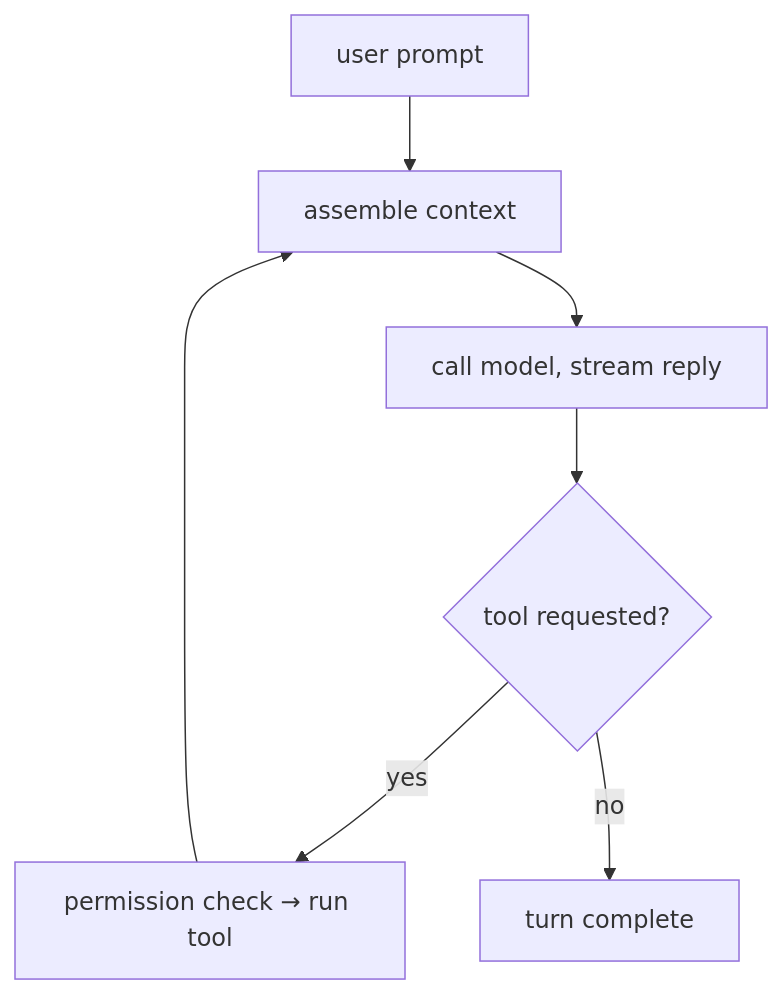
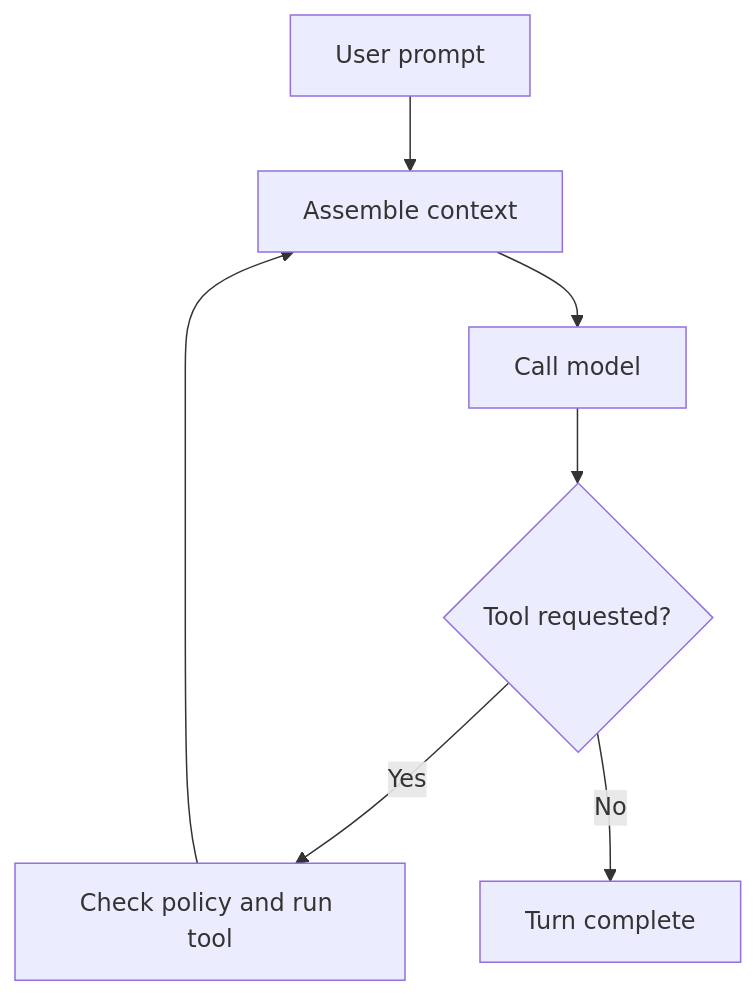
Before and after one commit to agentty-xyz/agentty: the third of 5 diagrams in docs/site/content/docs/architecture/ag-harness-design.md, drawn with Mermaid. The commit also changed other lines of this file and 1 other file, not shown here.

````diff
--- a/docs/site/content/docs/architecture/ag-harness-design.md
+++ b/docs/site/content/docs/architecture/ag-harness-design.md
@@ -169,9 +80,9 @@
 ```mermaid
 flowchart TD
-    A[user prompt] --> B[assemble context]
-    B --> C[call model, stream reply]
-    C --> D{tool requested?}
-    D -- yes --> E[permission check → run tool]
+    A["User prompt"] --> B["Assemble context"]
+    B --> C["Call model"]
+    C --> D{"Tool requested?"}
+    D -- Yes --> E["Check policy and run tool"]
     E --> B
-    D -- no --> F[turn complete]
+    D -- No --> F["Turn complete"]
 ```
````
